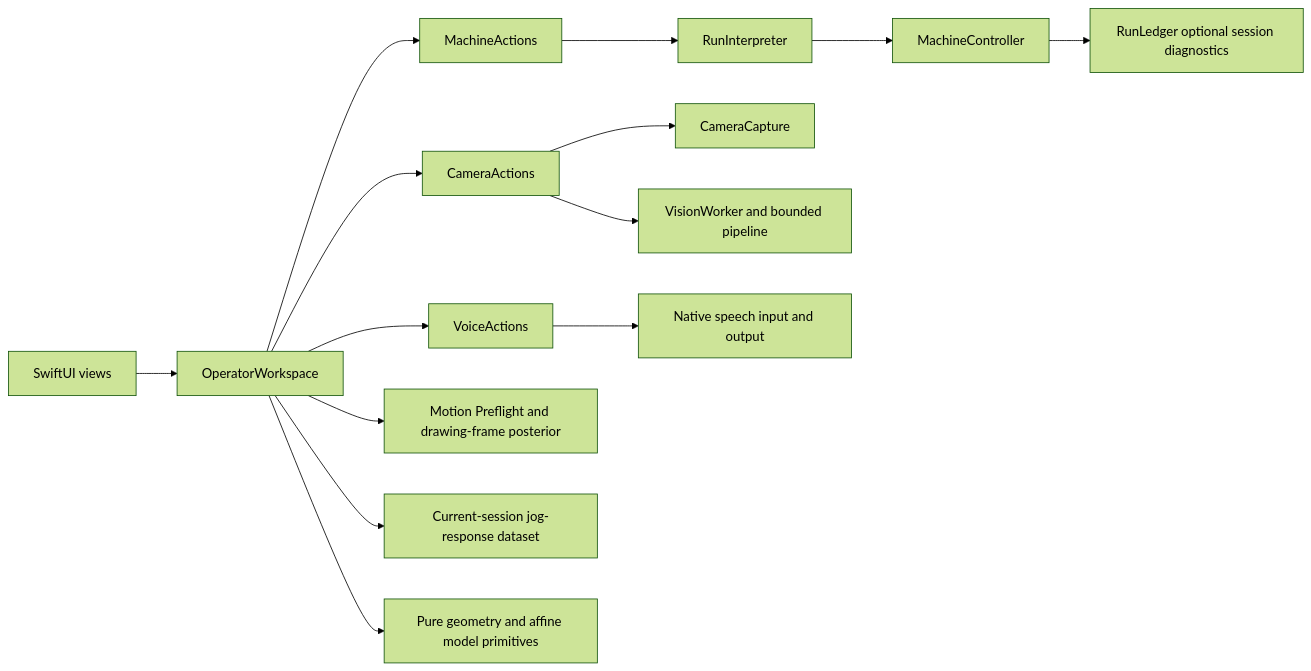
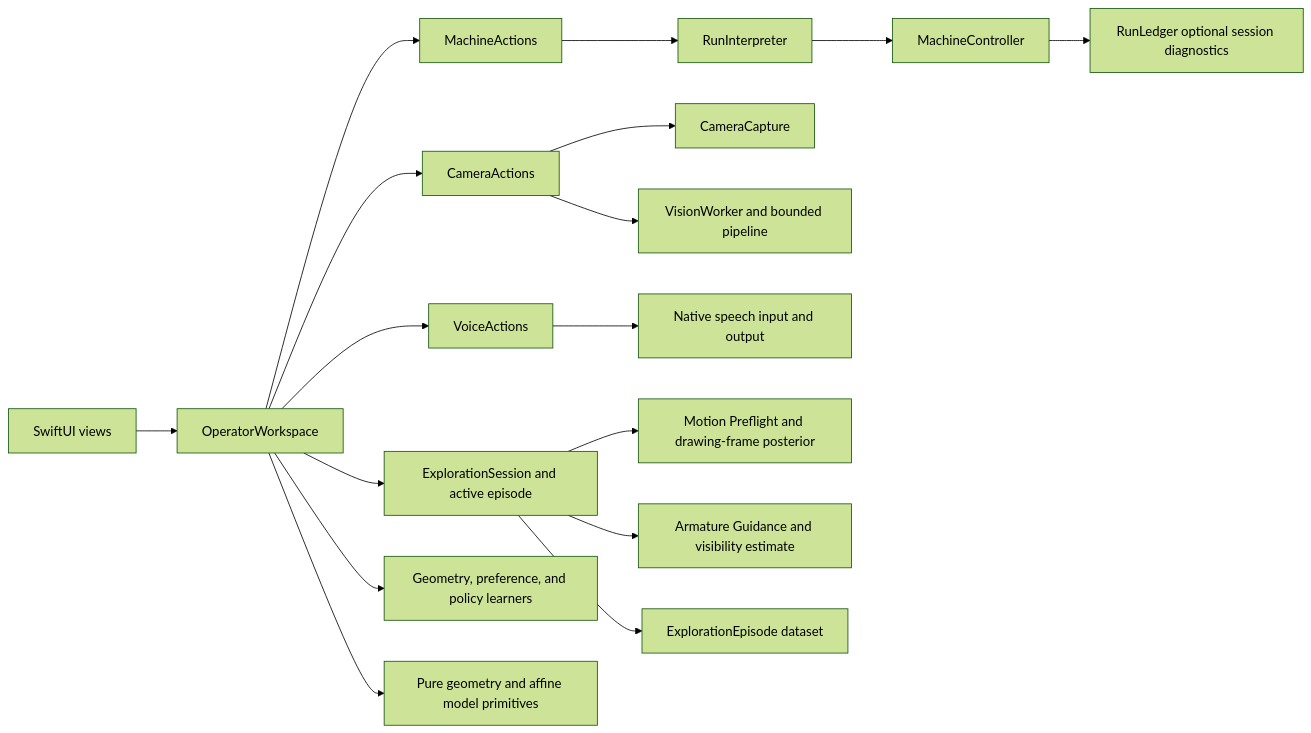
The diagram in docs/SWIFT_ADAPTIVE_PLOTTER_ARCHITECTURE.md (extemporaneousb/AdaptivePlotter), drawn with Mermaid (forest theme) before and after one commit. The commit also changed other lines of this file and 8 other files, not shown here.

````diff
--- a/docs/SWIFT_ADAPTIVE_PLOTTER_ARCHITECTURE.md
+++ b/docs/SWIFT_ADAPTIVE_PLOTTER_ARCHITECTURE.md
@@ -28,16 +31,19 @@
 ```mermaid
 flowchart LR
     UI["SwiftUI views"] --> WORKSPACE["OperatorWorkspace"]
     WORKSPACE --> MACHINE["MachineActions"]
     MACHINE --> RUN["RunInterpreter"]
     RUN --> CTRL["MachineController"]
     CTRL --> JOURNAL["RunLedger optional session diagnostics"]
     WORKSPACE --> CAMERA["CameraActions"]
     CAMERA --> CAPTURE["CameraCapture"]
     CAMERA --> VISION["VisionWorker and bounded pipeline"]
     WORKSPACE --> VOICE["VoiceActions"]
     VOICE --> SPEECH["Native speech input and output"]
-    WORKSPACE --> PREFLIGHT["Motion Preflight and drawing-frame posterior"]
-    WORKSPACE --> LEARNING["Current-session jog-response dataset"]
+    WORKSPACE --> EXPLORE["ExplorationSession and active episode"]
+    EXPLORE --> PREFLIGHT["Motion Preflight and drawing-frame posterior"]
+    EXPLORE --> ARMATURE["Armature Guidance and visibility estimate"]
+    EXPLORE --> EPISODES["ExplorationEpisode dataset"]
+    WORKSPACE --> LEARNING["Geometry, preference, and policy learners"]
     WORKSPACE --> GEOM["Pure geometry and affine model primitives"]
 ```
````
